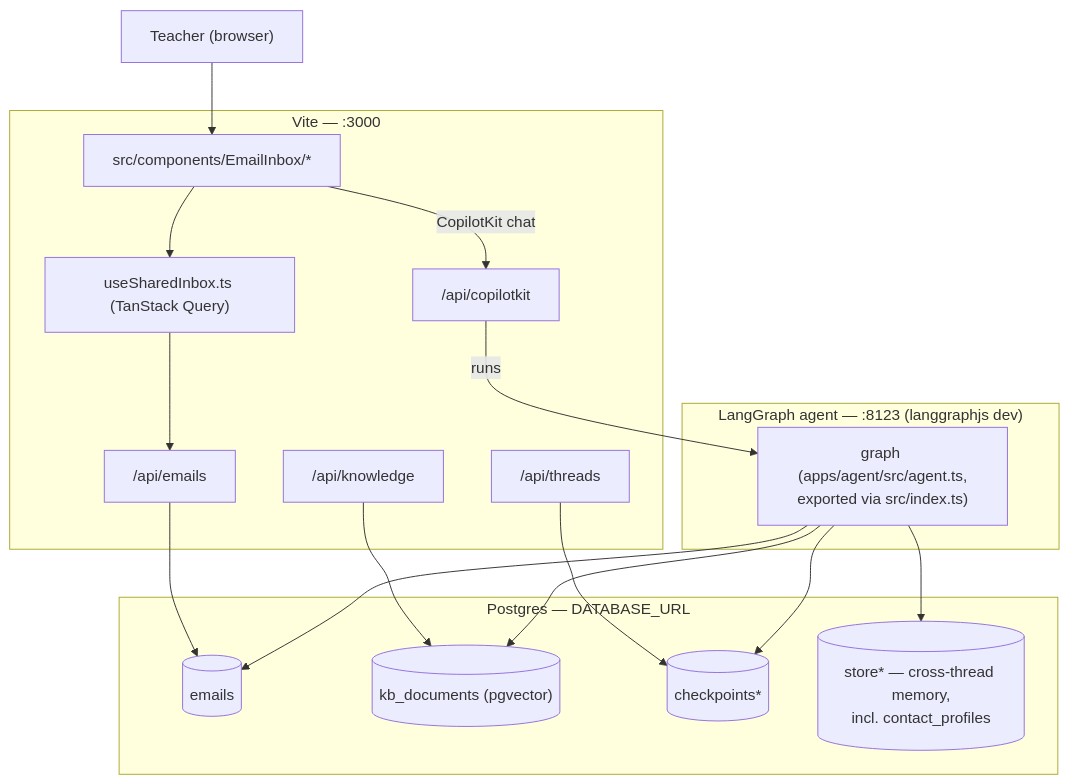
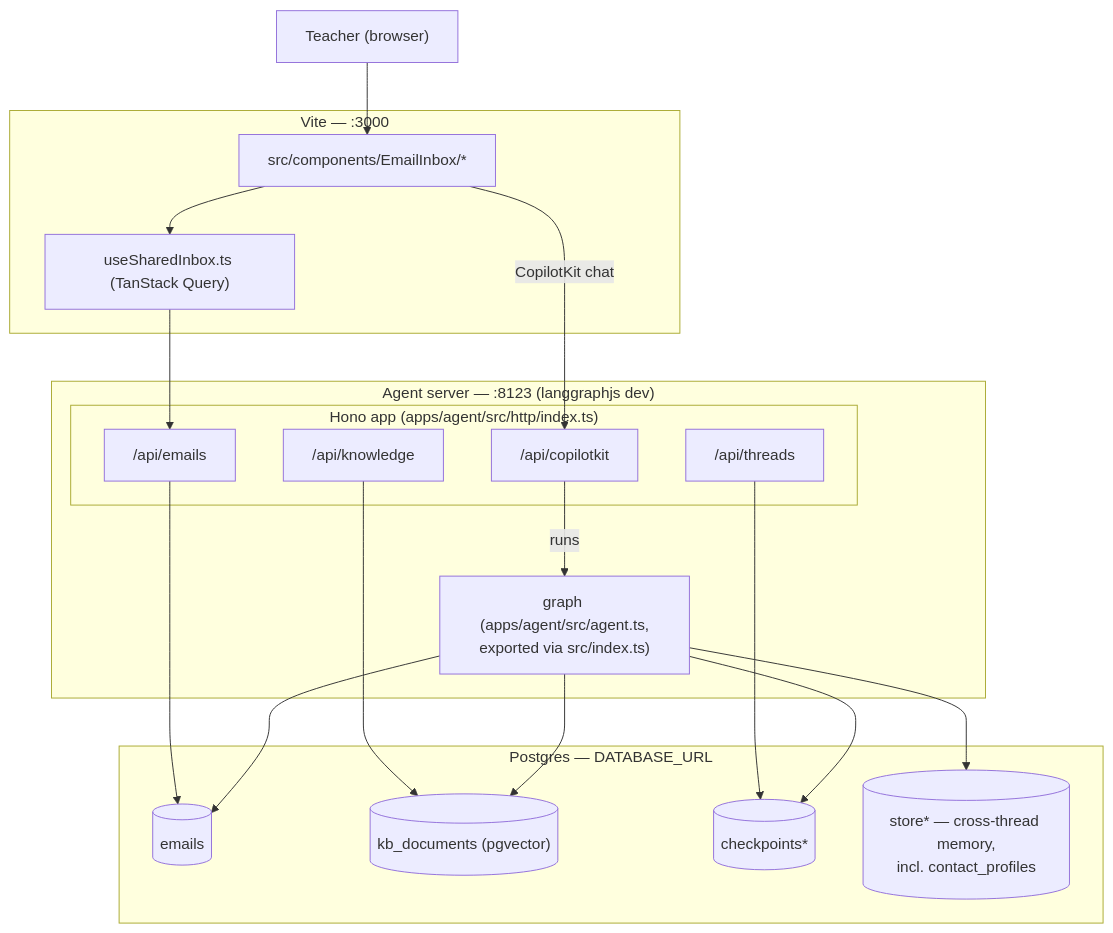
Before and after one commit to myle-agilityio/langchain-training: the first of 5 diagrams in practice-new-version/docs/ARCHITECTURE.md, drawn with Mermaid.

Commit message:
feat: update architecture diagram to clarify agent server structure and API endpoints

````diff
--- a/practice-new-version/docs/ARCHITECTURE.md
+++ b/practice-new-version/docs/ARCHITECTURE.md
@@ -15,38 +15,40 @@
 ```mermaid
 graph TD
     User["Teacher (browser)"]
 
     subgraph Frontend["Vite — :3000"]
         UI["src/components/EmailInbox/*"]
         Hook["useSharedInbox.ts (TanStack Query)"]
-        EmailsAPI["/api/emails"]
-        ThreadsAPI["/api/threads"]
-        KnowledgeAPI["/api/knowledge"]
-        CopilotRoute["/api/copilotkit"]
     end
 
-    subgraph AgentServer["LangGraph agent — :8123 (langgraphjs dev)"]
+    subgraph AgentServer["Agent server — :8123 (langgraphjs dev)"]
+        subgraph HonoApp["Hono app (apps/agent/src/http/index.ts)"]
+            EmailsAPI["/api/emails"]
+            ThreadsAPI["/api/threads"]
+            KnowledgeAPI["/api/knowledge"]
+            CopilotRoute["/api/copilotkit"]
+        end
         Graph["graph (apps/agent/src/agent.ts,\nexported via src/index.ts)"]
     end
 
     subgraph Postgres["Postgres — DATABASE_URL"]
         EmailsTbl[("emails")]
         KB[("kb_documents (pgvector)")]
         Checkpoints[("checkpoints*")]
         Store[("store* — cross-thread memory,\nincl. contact_profiles")]
     end
 
     User --> UI
     UI --> Hook
     Hook --> EmailsAPI
     EmailsAPI --> EmailsTbl
     ThreadsAPI --> Checkpoints
     KnowledgeAPI --> KB
     UI -- "CopilotKit chat" --> CopilotRoute
     CopilotRoute -- "runs" --> Graph
 
     Graph --> EmailsTbl
     Graph --> KB
     Graph --> Checkpoints
     Graph --> Store
 ```
````
